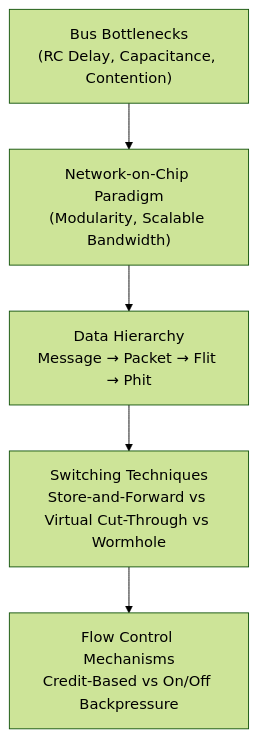
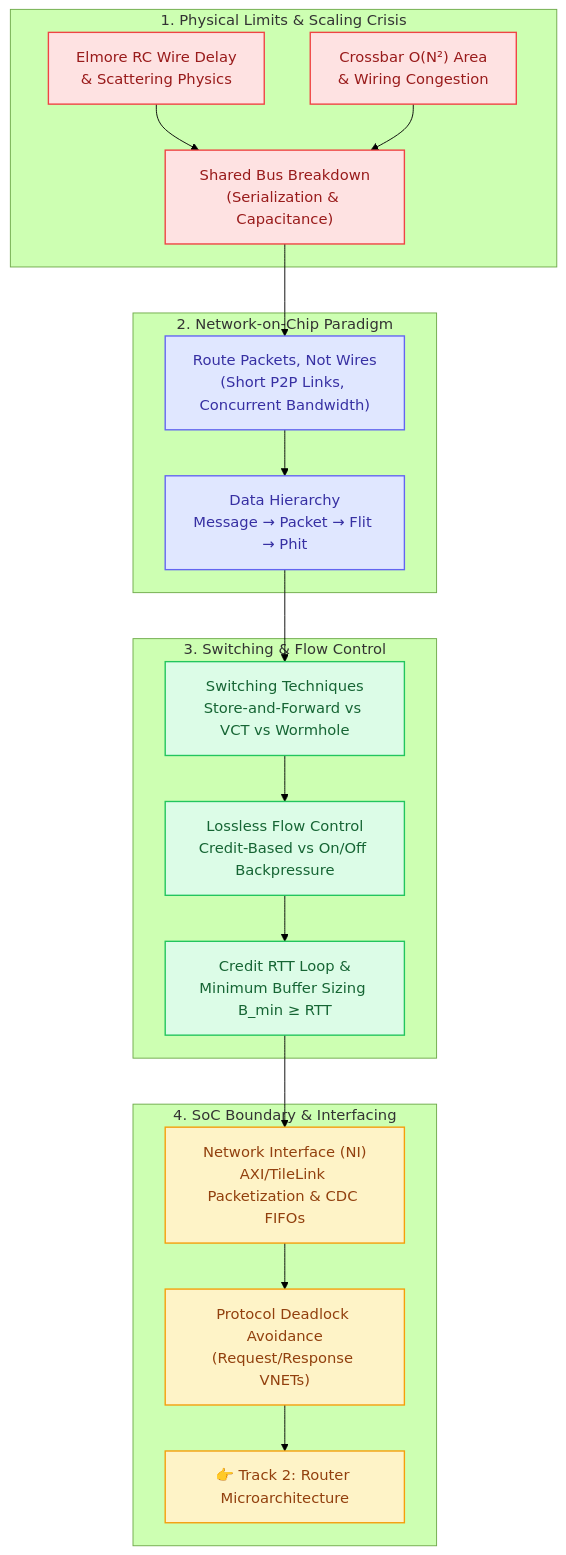
The diagram in docs/track1-fundamentals/index.md (network-on-chip/learning), drawn with Mermaid (forest theme) before and after one commit. The commit also changed other lines of this file and 7 other files, not shown here.

Commit message:
Upgrade Track 1: Interconnect Fundamentals with 4 interactive tools, rigorous physics models, and Network Interface (NI) architecture

````diff
--- a/docs/track1-fundamentals/index.md
+++ b/docs/track1-fundamentals/index.md
@@ -9,7 +23,34 @@
 ```mermaid
 graph TD
-  A["Bus Bottlenecks<br/>(RC Delay, Capacitance, Contention)"] --> B["Network-on-Chip Paradigm<br/>(Modularity, Scalable Bandwidth)"]
-  B --> C["Data Hierarchy<br/>Message → Packet → Flit → Phit"]
-  C --> D["Switching Techniques<br/>Store-and-Forward vs Virtual Cut-Through vs Wormhole"]
-  D --> E["Flow Control Mechanisms<br/>Credit-Based vs On/Off Backpressure"]
+  subgraph Physical_Layer ["1. Physical Limits & Scaling Crisis"]
+    RC["Elmore RC Wire Delay<br/>& Scattering Physics"] --> BusBottleneck["Shared Bus Breakdown<br/>(Serialization & Capacitance)"]
+    CrossbarLimit["Crossbar O(N²) Area<br/>& Wiring Congestion"] --> BusBottleneck
+  end
+
+  subgraph Network_Paradigm ["2. Network-on-Chip Paradigm"]
+    BusBottleneck --> NoCSolution["Route Packets, Not Wires<br/>(Short P2P Links, Concurrent Bandwidth)"]
+    NoCSolution --> DataHierarchy["Data Hierarchy<br/>Message → Packet → Flit → Phit"]
+  end
+
+  subgraph Switching_FlowControl ["3. Switching & Flow Control"]
+    DataHierarchy --> Switching["Switching Techniques<br/>Store-and-Forward vs VCT vs Wormhole"]
+    Switching --> FlowCtrl["Lossless Flow Control<br/>Credit-Based vs On/Off Backpressure"]
+    FlowCtrl --> BufferSizing["Credit RTT Loop &<br/>Minimum Buffer Sizing B_min ≥ RTT"]
+  end
+
+  subgraph System_Integration ["4. SoC Boundary & Interfacing"]
+    BufferSizing --> NI["Network Interface (NI)<br/>AXI/TileLink Packetization & CDC FIFOs"]
+    NI --> ProtoDeadlock["Protocol Deadlock Avoidance<br/>(Request/Response VNETs)"]
+    ProtoDeadlock --> NextTrack["👉 Track 2: Router Microarchitecture"]
+  end
+
+  classDef phys fill:#fee2e2,stroke:#ef4444,stroke-width:1.5px,color:#991b1b;
+  classDef para fill:#e0e7ff,stroke:#6366f1,stroke-width:1.5px,color:#3730a3;
+  classDef switch fill:#dcfce7,stroke:#22c55e,stroke-width:1.5px,color:#166534;
+  classDef sys fill:#fef3c7,stroke:#f59e0b,stroke-width:1.5px,color:#92400e;
+
+  class RC,CrossbarLimit,BusBottleneck phys;
+  class NoCSolution,DataHierarchy para;
+  class Switching,FlowCtrl,BufferSizing switch;
+  class NI,ProtoDeadlock,NextTrack sys;
 ```
````
